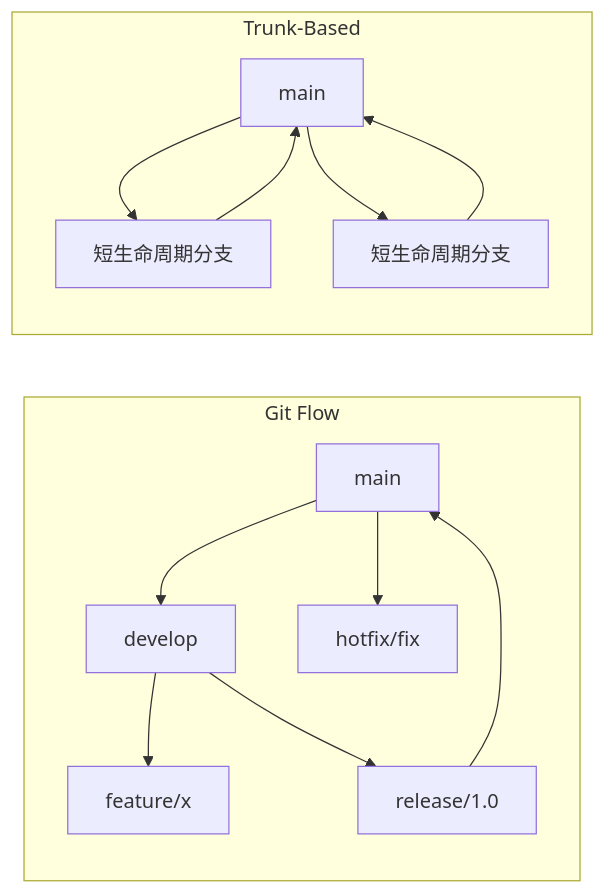
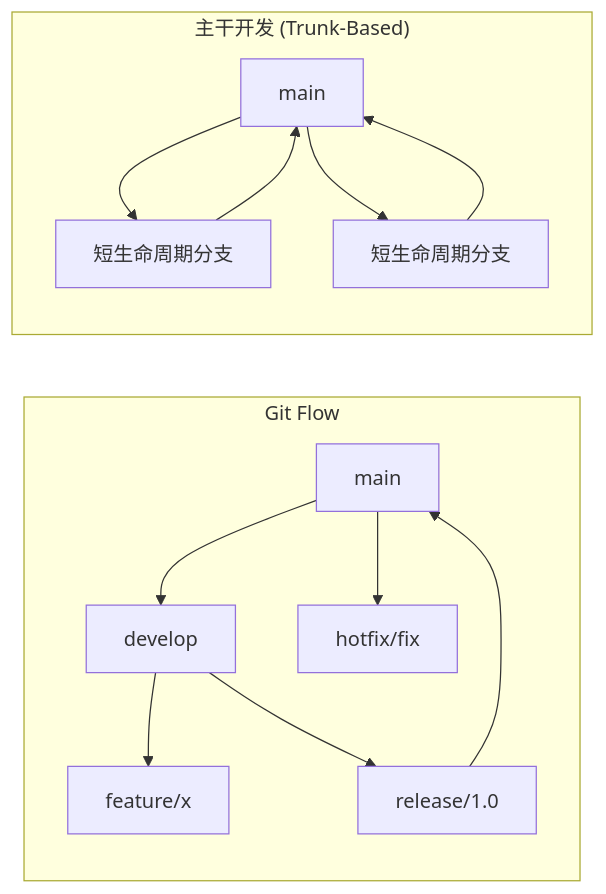
Before and after one commit to YiWang24/AiDIY: the diagram in i18n/zh-Hans/docusaurus-plugin-content-docs/current/engineering/tools/index.mdx, drawn with Mermaid. The commit also changed other lines of this file and 59 other files, not shown here.

````diff
--- a/i18n/zh-Hans/docusaurus-plugin-content-docs/current/engineering/tools/index.mdx
+++ b/i18n/zh-Hans/docusaurus-plugin-content-docs/current/engineering/tools/index.mdx
@@ -51,17 +51,17 @@
 ```mermaid
 flowchart LR
     subgraph "Git Flow"
         A[main] --> B[develop]
         B --> C[feature/x]
         B --> D[release/1.0]
         D --> A
         A --> E[hotfix/fix]
     end
     
-    subgraph "Trunk-Based"
+    subgraph "主干开发 (Trunk-Based)"
         F[main] --> G[短生命周期分支]
         G --> F
         F --> H[短生命周期分支]
         H --> F
     end
 ```
````
